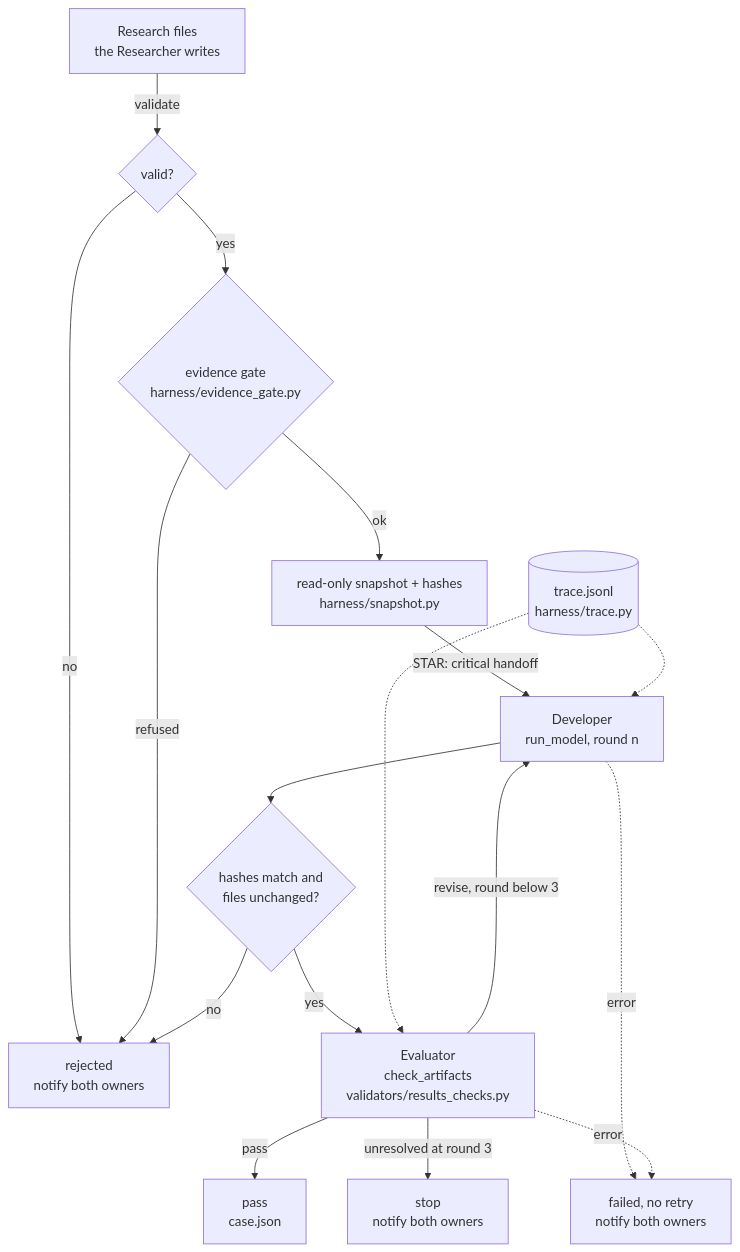
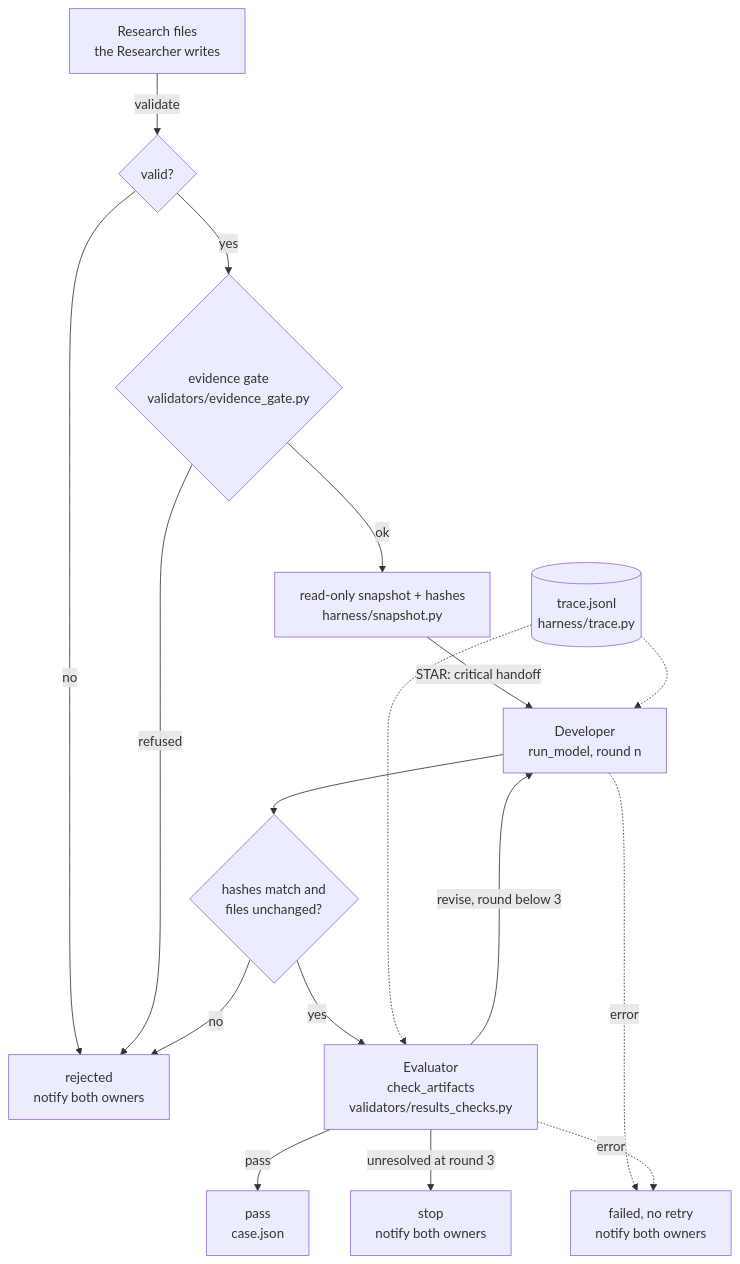
One commit to valerie-zandoli/project-resurrection changed the diagram in docs/harness-skeleton.md. Above: the diagram before and after it, drawn with Mermaid. The commit also changed other lines of this file and 7 other files, not shown here.

First line of the commit message:
Document the evidence gate on all three commands

````diff
--- a/docs/harness-skeleton.md
+++ b/docs/harness-skeleton.md
@@ -29,19 +29,19 @@
 ```mermaid
 flowchart TD
   SRC[Research files<br/>the Researcher writes] -->|validate| VAL{valid?}
   VAL -- no --> REJ[rejected<br/>notify both owners]
-  VAL -- yes --> GATE{evidence gate<br/>harness/evidence_gate.py}
+  VAL -- yes --> GATE{evidence gate<br/>validators/evidence_gate.py}
   GATE -- refused --> REJ
   GATE -- ok --> SNAP[read-only snapshot + hashes<br/>harness/snapshot.py]
   SNAP -->|STAR: critical handoff| DEV[Developer<br/>run_model, round n]
   DEV --> HASH{hashes match and<br/>files unchanged?}
   HASH -- no --> REJ
   HASH -- yes --> EVAL[Evaluator<br/>check_artifacts<br/>validators/results_checks.py]
   EVAL -->|pass| PASS[pass<br/>case.json]
   EVAL -->|revise, round below 3| DEV
   EVAL -->|unresolved at round 3| STOP[stop<br/>notify both owners]
   DEV -.->|error| FAIL[failed, no retry<br/>notify both owners]
   EVAL -.->|error| FAIL
   TRACE[(trace.jsonl<br/>harness/trace.py)] -.-> DEV
   TRACE -.-> EVAL
 ```
````
